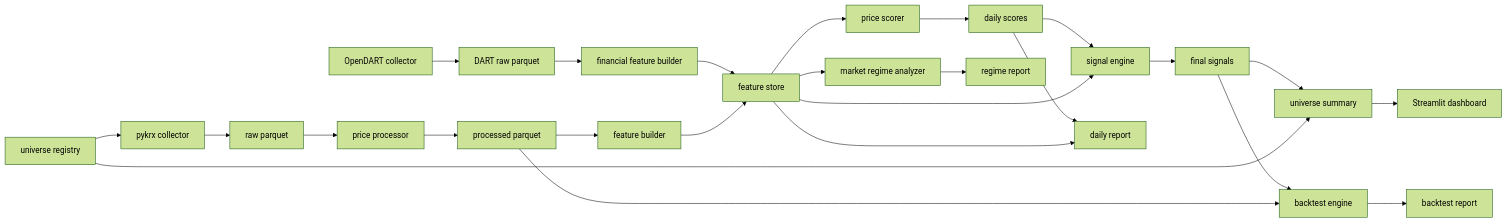
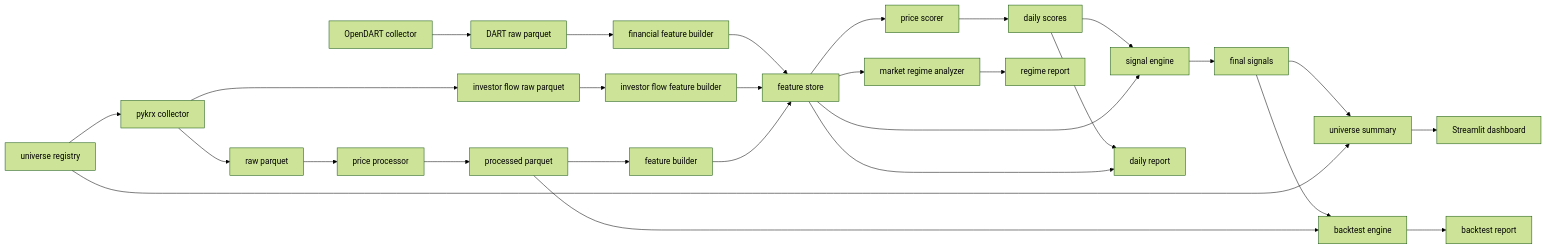
One commit to pkb0728-lgtm/krx-alpha-platform changed the diagram in README.md. Above: the diagram before and after it, drawn with Mermaid (forest theme). The commit also changed other lines of this file and 31 other files, not shown here.

Commit message:
Add investor flow scoring

````diff
--- a/README.md
+++ b/README.md
@@ -65,27 +68,30 @@
 ```mermaid
 flowchart LR
     A["pykrx collector"] --> B["raw parquet"]
+    A --> W["investor flow raw parquet"]
     X["OpenDART collector"] --> Y["DART raw parquet"]
     Y --> Z["financial feature builder"]
     Z --> F
+    W --> S["investor flow feature builder"]
+    S --> F
     B --> C["price processor"]
     C --> D["processed parquet"]
     D --> E["feature builder"]
     E --> F["feature store"]
     F --> R["market regime analyzer"]
     F --> G["price scorer"]
     G --> H["daily scores"]
     H --> I["signal engine"]
     F --> I
     I --> J["final signals"]
     H --> K["daily report"]
     F --> K
     J --> L["universe summary"]
     L --> M["Streamlit dashboard"]
     J --> N["backtest engine"]
     D --> N
     N --> O["backtest report"]
     P["universe registry"] --> A
     P --> L
     R --> Q["regime report"]
 ```
````
